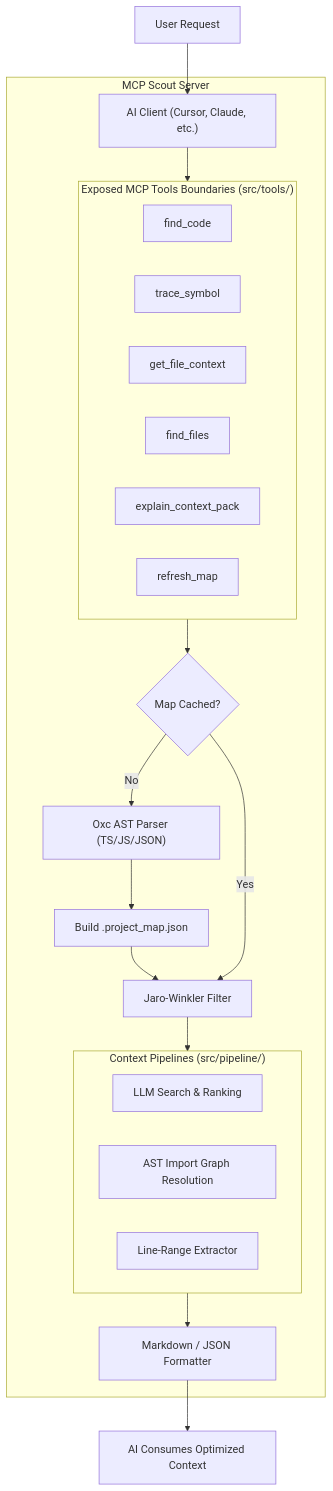
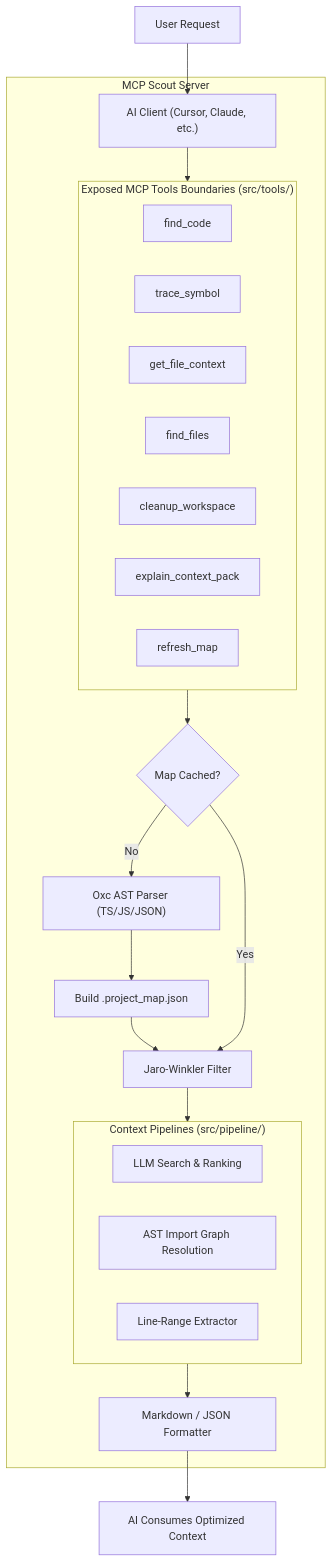
Before and after one commit to iHaiduk/smarter-faster-better-mcp: the diagram in README.md, drawn with Mermaid. The commit also changed other lines of this file and 13 other files, not shown here.

Commit message:
feat: implement workspace cleanup utility and AI-driven file content filtering system v0.5.0

````diff
--- a/README.md
+++ b/README.md
@@ -77,35 +77,36 @@
 ```mermaid
 graph TD
     UserQuery["User Request"] --> MCPClient["AI Client (Cursor, Claude, etc.)"]
     
     subgraph MCP Scout Server
         MCPClient --> Tools
         
         subgraph Tools ["Exposed MCP Tools Boundaries (src/tools/)"]
             FindCode["find_code"]
             TraceSymbol["trace_symbol"]
             GetContext["get_file_context"]
             FindFiles["find_files"]
+            CleanupWorkspace["cleanup_workspace"]
             ExplainPack["explain_context_pack"]
             RefreshMap["refresh_map"]
         end
         
         Tools --> Indexer{"Map Cached?"}
         Indexer -- No --> Parser["Oxc AST Parser (TS/JS/JSON)"]
         Parser --> WriteMap["Build .project_map.json"]
         WriteMap --> Filter["Jaro-Winkler Filter"]
         Indexer -- Yes --> Filter
         
         Filter --> Pipelines
         
         subgraph Pipelines ["Context Pipelines (src/pipeline/)"]
             SearchPipe["LLM Search & Ranking"]
             DepsPipe["AST Import Graph Resolution"]
             FilePipe["Line-Range Extractor"]
         end
         
         Pipelines --> Formatter["Markdown / JSON Formatter"]
     end
     
     Formatter --> AIResponse["AI Consumes Optimized Context"]
 ```
````
